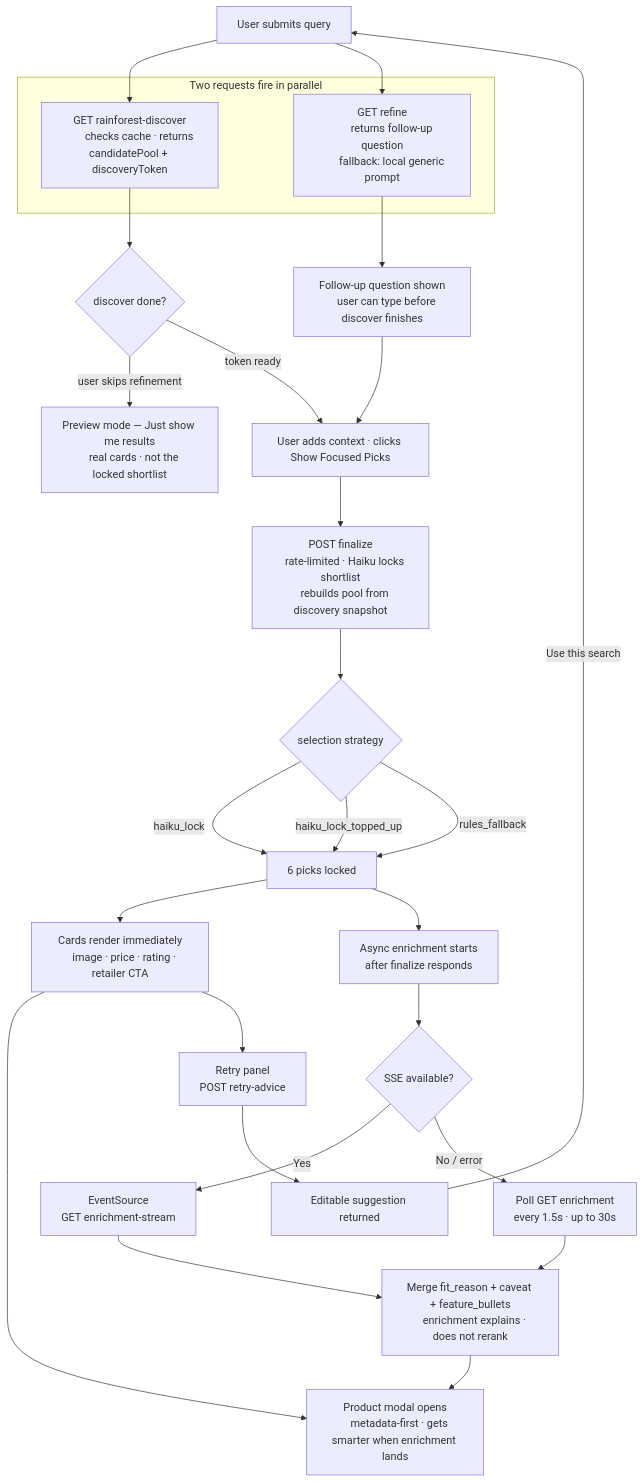
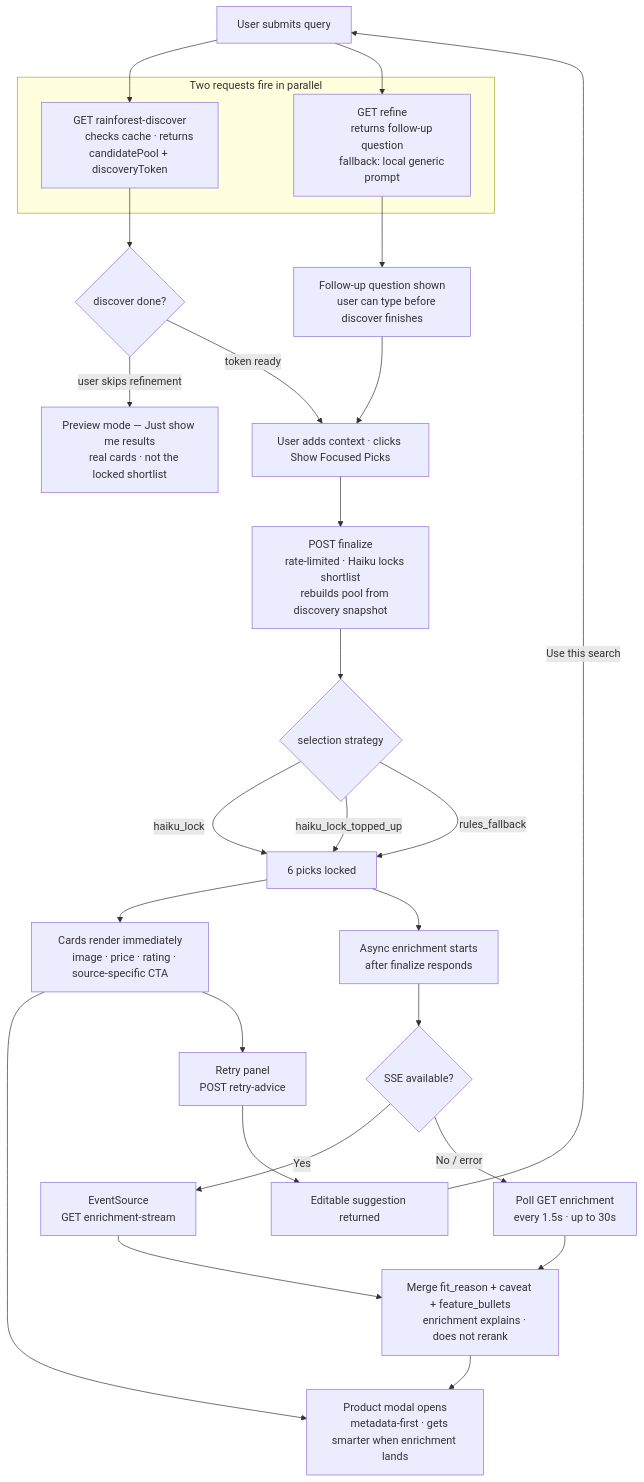
Before and after one commit to ZvickB/focama-web: the diagram in project-notes/search-flow.md, drawn with Mermaid. The commit also changed other lines of this file and 10 other files, not shown here.

````diff
--- a/project-notes/search-flow.md
+++ b/project-notes/search-flow.md
@@ -5,56 +5,56 @@
 ```mermaid
 flowchart TD
     A[User submits query] --> B & C
 
     subgraph parallel[Two requests fire in parallel]
         B["GET rainforest-discover
         checks cache · returns candidatePool + discoveryToken"]
         C["GET refine
         returns follow-up question
         fallback: local generic prompt"]
     end
 
     C --> D[Follow-up question shown
     user can type before discover finishes]
 
     B --> E{discover done?}
 
     E -->|user skips refinement| F["Preview mode — Just show me results
     real cards · not the locked shortlist"]
 
     D --> G[User adds context · clicks Show Focused Picks]
     E -->|token ready| G
 
     G --> H["POST finalize
     rate-limited · Haiku locks shortlist
     rebuilds pool from discovery snapshot"]
 
     H --> I{selection strategy}
     I -->|haiku_lock| J[6 picks locked]
     I -->|haiku_lock_topped_up| J
     I -->|rules_fallback| J
 
     J --> L[Cards render immediately
-    image · price · rating · retailer CTA]
+    image · price · rating · source-specific CTA]
 
     J --> M[Async enrichment starts
     after finalize responds]
 
     M --> N{SSE available?}
     N -->|Yes| O[EventSource
     GET enrichment-stream]
     N -->|No / error| P[Poll GET enrichment
     every 1.5s · up to 30s]
 
     O & P --> Q[Merge fit_reason + caveat + feature_bullets
     enrichment explains · does not rerank]
 
     L --> R[Product modal opens
     metadata-first · gets smarter when enrichment lands]
     Q --> R
 
     L --> S[Retry panel
     POST retry-advice]
     S --> T[Editable suggestion returned]
     T -->|Use this search| A
 ```
````
